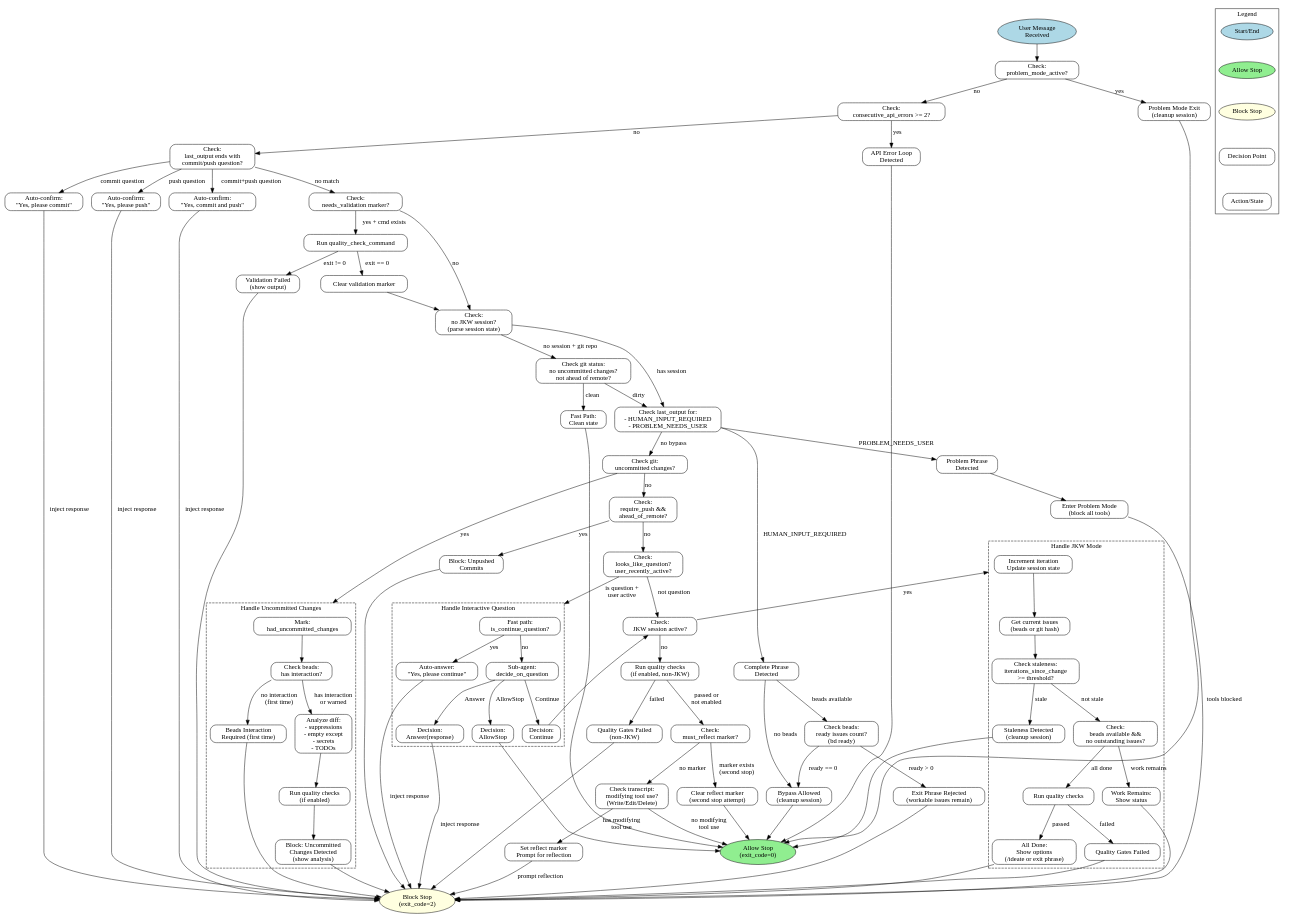
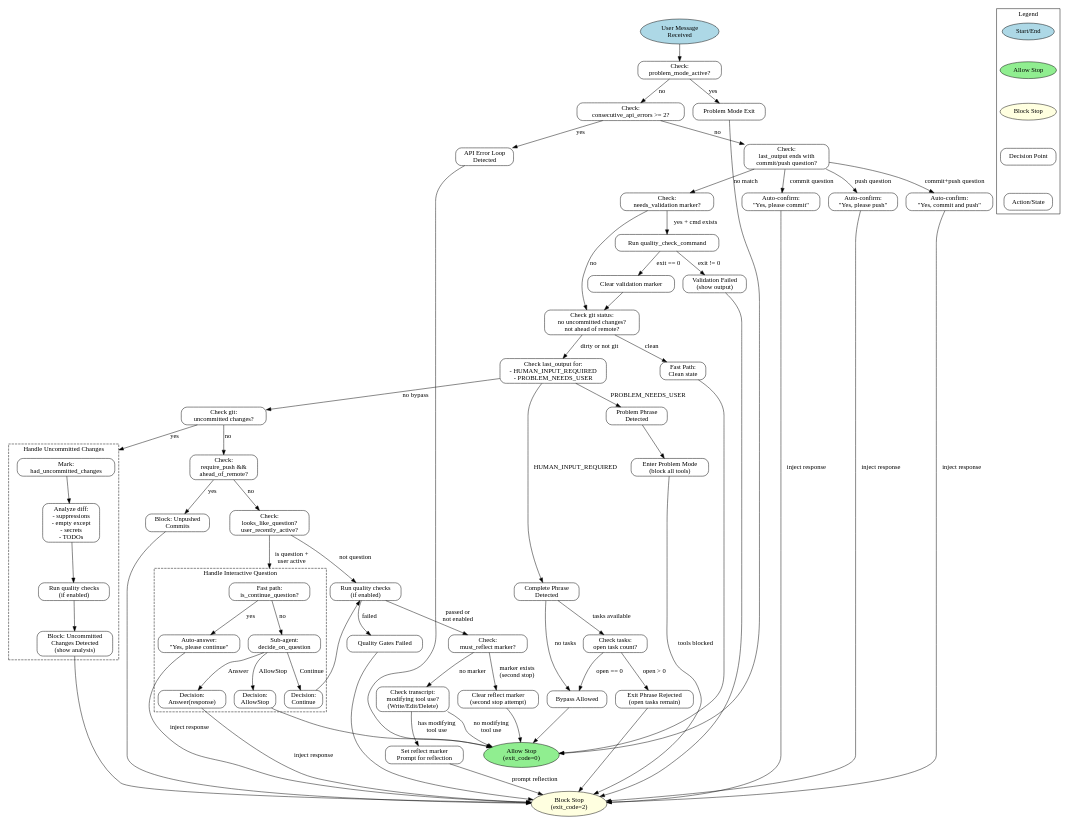
One commit to DRMacIver/claude-reliability changed the diagram in docs/stop-hook-states.dot. Above: the diagram before and after it, drawn with Graphviz. The commit also changed 25 other files, not shown here.

First line of the commit message:
Remove just-keep-working (JKW) mode

```diff
--- a/docs/stop-hook-states.dot
+++ b/docs/stop-hook-states.dot
@@ -14,7 +14,7 @@
 
     // 1. Problem Mode Check
     CheckProblemMode [label="Check:\nproblem_mode_active?"];
-    ProblemModeExit [label="Problem Mode Exit\n(cleanup session)"];
+    ProblemModeExit [label="Problem Mode Exit"];
 
     // 2. API Error Loop Check
     CheckAPIErrors [label="Check:\nconsecutive_api_errors >= 2?"];
@@ -32,8 +32,7 @@
     ValidationFailed [label="Validation Failed\n(show output)"];
     ClearValidation [label="Clear validation marker"];
 
-    // 5. Fast Path Check (no JKW session + clean git)
-    CheckFastPath [label="Check:\nno JKW session?\n(parse session state)"];
+    // 5. Fast Path Check (clean git repo)
     CheckGitClean [label="Check git status:\nno uncommitted changes?\nnot ahead of remote?"];
     FastPathExit [label="Fast Path:\nClean state"];
 
@@ -46,9 +45,9 @@
 
     // Complete phrase path
     CompletePhraseDetected [label="Complete Phrase\nDetected"];
-    CheckReadyIssues [label="Check beads:\nready issues count?\n(bd ready)"];
-    ExitPhraseRejected [label="Exit Phrase Rejected\n(workable issues remain)"];
-    BypassAllowed [label="Bypass Allowed\n(cleanup session)"];
+    CheckReadyIssues [label="Check tasks:\nopen task count?"];
+    ExitPhraseRejected [label="Exit Phrase Rejected\n(open tasks remain)"];
+    BypassAllowed [label="Bypass Allowed"];
 
     // 7. Uncommitted Changes Check
     CheckUncommitted [label="Check git:\nuncommitted changes?"];
@@ -59,8 +58,6 @@
         style=dashed;
 
         MarkHadChanges [label="Mark:\nhad_uncommitted_changes"];
-        CheckBeadsInteraction [label="Check beads:\nhas interaction?"];
-        BeadsWarning [label="Beads Interaction\nRequired (first time)"];
         AnalyzeDiff [label="Analyze diff:\n- suppressions\n- empty except\n- secrets\n- TODOs"];
         RunQualityOnChanges [label="Run quality checks\n(if enabled)"];
         ShowUncommittedBlock [label="Block: Uncommitted\nChanges Detected\n(show analysis)"];
@@ -85,29 +82,11 @@
         DecisionContinue [label="Decision:\nContinue"];
     }
 
-    // 10. JKW Mode Handler
-    CheckJKWActive [label="Check:\nJKW session active?"];
+    // 10. Quality Check
+    QualityCheck [label="Run quality checks\n(if enabled)"];
+    QualityFailed [label="Quality Gates Failed"];
 
-    subgraph cluster_jkw {
-        label="Handle JKW Mode";
-        style=dashed;
-
-        IncrementIteration [label="Increment iteration\nUpdate session state"];
-        GetIssueState [label="Get current issues\n(beads or git hash)"];
-        CheckStaleness [label="Check staleness:\niterations_since_change\n>= threshold?"];
-        StalenessExit [label="Staleness Detected\n(cleanup session)"];
-        CheckAllDone [label="Check:\nbeads available &&\nno outstanding issues?"];
-        JKWQualityCheck [label="Run quality checks"];
-        JKWQualityFailed [label="Quality Gates Failed"];
-        JKWAllDoneBlock [label="All Done:\nShow options\n(/ideate or exit phrase)"];
-        JKWWorkRemains [label="Work Remains:\nShow status"];
-    }
-
-    // 11. Non-JKW Quality Check
-    NonJKWQuality [label="Run quality checks\n(if enabled, non-JKW)"];
-    NonJKWQualityFailed [label="Quality Gates Failed\n(non-JKW)"];
-
-    // 12. Simple Reflection Check (marker-based)
+    // 11. Simple Reflection Check (marker-based)
     CheckReflectMarker [label="Check:\nmust_reflect marker?"];
     ClearReflectMarker [label="Clear reflect marker\n(second stop attempt)"];
     CheckModifyingTools [label="Check transcript:\nmodifying tool use?\n(Write/Edit/Delete)"];
@@ -139,17 +118,15 @@
 
     // 4. Validation
     CheckNeedsValidation -> RunValidation [label="yes + cmd exists"];
-    CheckNeedsValidation -> CheckFastPath [label="no"];
+    CheckNeedsValidation -> CheckGitClean [label="no"];
     RunValidation -> ValidationFailed [label="exit != 0"];
     RunValidation -> ClearValidation [label="exit == 0"];
     ValidationFailed -> BlockStop;
-    ClearValidation -> CheckFastPath;
+    ClearValidation -> CheckGitClean;
 
     // 5. Fast Path
-    CheckFastPath -> CheckGitClean [label="no session + git repo"];
-    CheckFastPath -> CheckBypassPhrases [label="has session"];
     CheckGitClean -> FastPathExit [label="clean"];
-    CheckGitClean -> CheckBypassPhrases [label="dirty"];
+    CheckGitClean -> CheckBypassPhrases [label="dirty or not git"];
     FastPathExit -> AllowStop;
 
     // 6. Bypass Phrases
@@ -160,10 +137,10 @@
     ProblemPhraseDetected -> EnterProblemMode;
     EnterProblemMode -> BlockStop [label="tools blocked"];
 
-    CompletePhraseDetected -> CheckReadyIssues [label="beads available"];
-    CompletePhraseDetected -> BypassAllowed [label="no beads"];
-    CheckReadyIssues -> ExitPhraseRejected [label="ready > 0"];
-    CheckReadyIssues -> BypassAllowed [label="ready == 0"];
+    CompletePhraseDetected -> CheckReadyIssues [label="tasks available"];
+    CompletePhraseDetected -> BypassAllowed [label="no tasks"];
+    CheckReadyIssues -> ExitPhraseRejected [label="open > 0"];
+    CheckReadyIssues -> BypassAllowed [label="open == 0"];
     ExitPhraseRejected -> BlockStop;
     BypassAllowed -> AllowStop;
 
@@ -171,10 +148,7 @@
     CheckUncommitted -> MarkHadChanges [label="yes", lhead=cluster_uncommitted];
     CheckUncommitted -> CheckUnpushed [label="no"];
 
-    MarkHadChanges -> CheckBeadsInteraction;
-    CheckBeadsInteraction -> BeadsWarning [label="no interaction\n(first time)"];
-    CheckBeadsInteraction -> AnalyzeDiff [label="has interaction\nor warned"];
-    BeadsWarning -> BlockStop;
+    MarkHadChanges -> AnalyzeDiff;
     AnalyzeDiff -> RunQualityOnChanges;
     RunQualityOnChanges -> ShowUncommittedBlock;
     ShowUncommittedBlock -> BlockStop;
@@ -186,7 +160,7 @@
 
     // 9. Interactive Question
     CheckQuestion -> CheckContinueQ [label="is question +\nuser active", lhead=cluster_question];
-    CheckQuestion -> CheckJKWActive [label="not question"];
+    CheckQuestion -> QualityCheck [label="not question"];
 
     CheckContinueQ -> AutoAnswerContinue [label="yes"];
     CheckContinueQ -> SubAgentDecision [label="no"];
@@ -196,31 +170,14 @@
     SubAgentDecision -> DecisionContinue [label="Continue"];
     DecisionAllowStop -> AllowStop;
     DecisionAnswer -> BlockStop [label="inject response"];
-    DecisionContinue -> CheckJKWActive;
+    DecisionContinue -> QualityCheck;
 
-    // 10. JKW Mode
-    CheckJKWActive -> IncrementIteration [label="yes", lhead=cluster_jkw];
-    CheckJKWActive -> NonJKWQuality [label="no"];
+    // 10. Quality Check
+    QualityCheck -> QualityFailed [label="failed"];
+    QualityCheck -> CheckReflectMarker [label="passed or\nnot enabled"];
+    QualityFailed -> BlockStop;
 
-    IncrementIteration -> GetIssueState;
-    GetIssueState -> CheckStaleness;
-    CheckStaleness -> StalenessExit [label="stale"];
-    CheckStaleness -> CheckAllDone [label="not stale"];
-    StalenessExit -> AllowStop;
-    CheckAllDone -> JKWQualityCheck [label="all done"];
-    CheckAllDone -> JKWWorkRemains [label="work remains"];
-    JKWQualityCheck -> JKWQualityFailed [label="failed"];
-    JKWQualityCheck -> JKWAllDoneBlock [label="passed"];
-    JKWQualityFailed -> BlockStop;
-    JKWAllDoneBlock -> BlockStop;
-    JKWWorkRemains -> BlockStop;
-
-    // 11. Non-JKW Quality
-    NonJKWQuality -> NonJKWQualityFailed [label="failed"];
-    NonJKWQuality -> CheckReflectMarker [label="passed or\nnot enabled"];
-    NonJKWQualityFailed -> BlockStop;
-
-    // 12. Simple Reflection (marker-based)
+    // 11. Simple Reflection (marker-based)
     CheckReflectMarker -> ClearReflectMarker [label="marker exists\n(second stop)"];
     CheckReflectMarker -> CheckModifyingTools [label="no marker"];
     ClearReflectMarker -> AllowStop;
@@ -254,8 +211,6 @@
     // - AnalyzeDiff: Bash(git diff --cached, git diff)
     // - RunQualityOnChanges: Bash(sh -c "quality_command")
     // - RunValidation: Bash(sh -c "quality_command")
-    // - CheckBeadsInteraction: Bash(bd show, bd list)
-    // - CheckReadyIssues: Bash(bd ready)
-    // - GetIssueState: Bash(bd list --status=open, bd list --status=in_progress) OR Bash(git diff --stat)
+    // - CheckReadyIssues: MCP task tools
     // - SubAgentDecision: Sub-agent API call (decide_on_question)
 }
```
